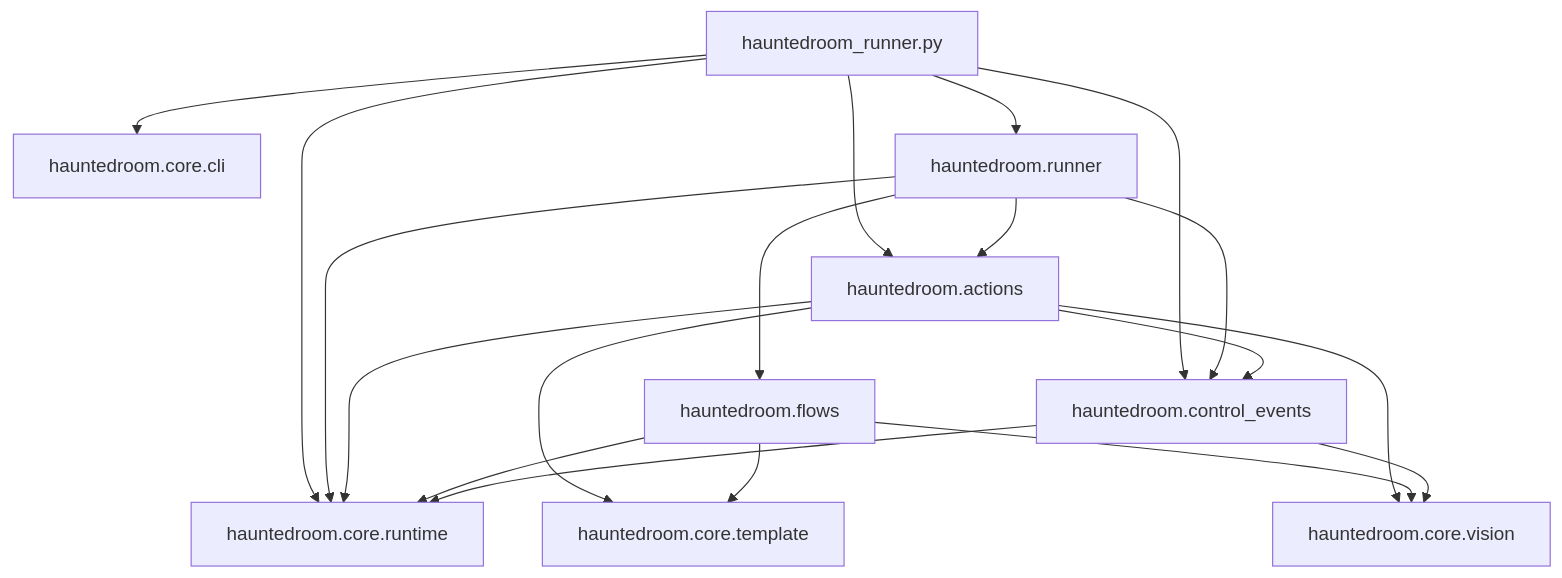
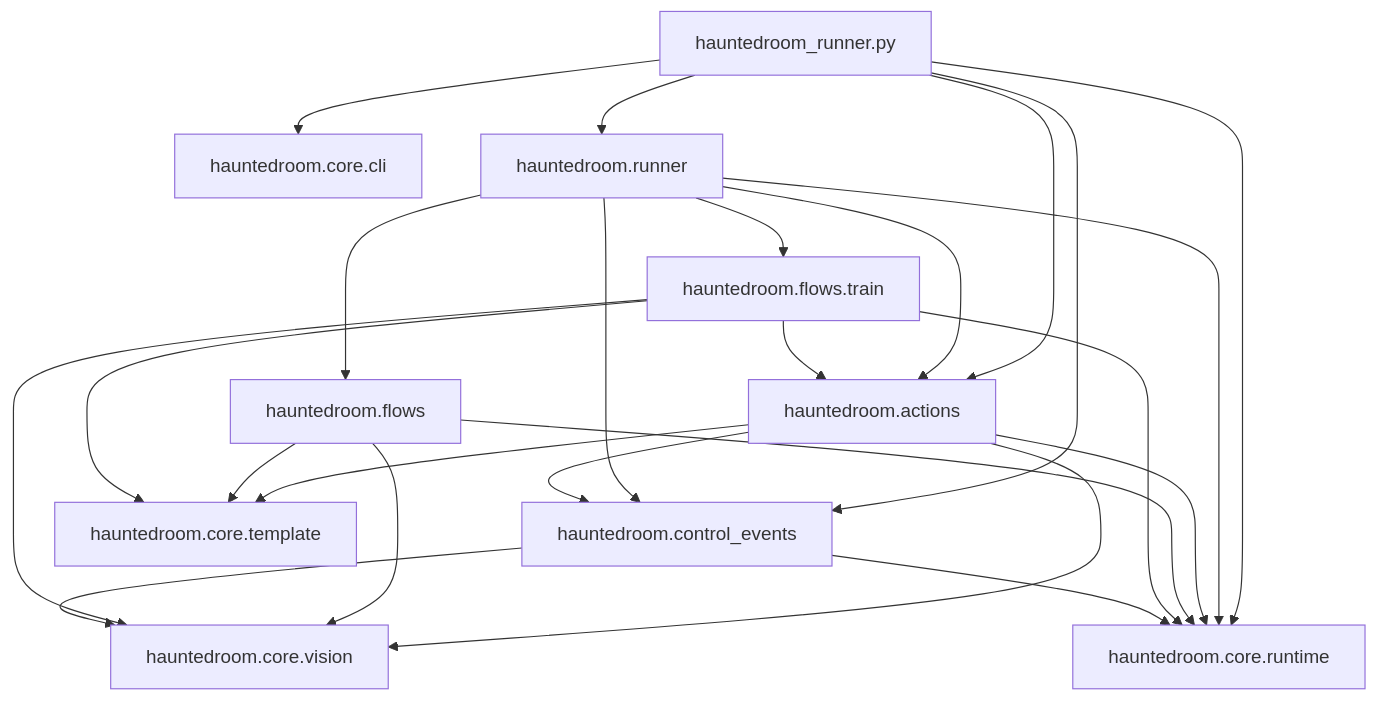
The diagram in docs/ADR_bot.md (nhatduyhy11/burrito-bison-bot), drawn with Mermaid before and after one commit. The commit also changed other lines of this file and 13 other files, not shown here.

````diff
--- a/docs/ADR_bot.md
+++ b/docs/ADR_bot.md
@@ -102,31 +120,37 @@
 ```mermaid
 flowchart TD
     entry[hauntedroom_runner.py]
     actions[hauntedroom.actions]
     flows[hauntedroom.flows]
     controlEvents[hauntedroom.control_events]
     cli[hauntedroom.core.cli]
     runtime[hauntedroom.core.runtime]
     template[hauntedroom.core.template]
     vision[hauntedroom.core.vision]
     runner[hauntedroom.runner]
+    train[hauntedroom.flows.train]
 
     entry --> actions
     entry --> runner
     entry --> cli
     entry --> runtime
     entry --> controlEvents
     runner --> actions
     runner --> flows
+    runner --> train
     runner --> runtime
     runner --> controlEvents
     actions --> runtime
     actions --> template
     actions --> vision
     actions --> controlEvents
     flows --> runtime
     flows --> template
     flows --> vision
+    train --> actions
+    train --> runtime
+    train --> template
+    train --> vision
     controlEvents --> runtime
     controlEvents --> vision
 ```
````
